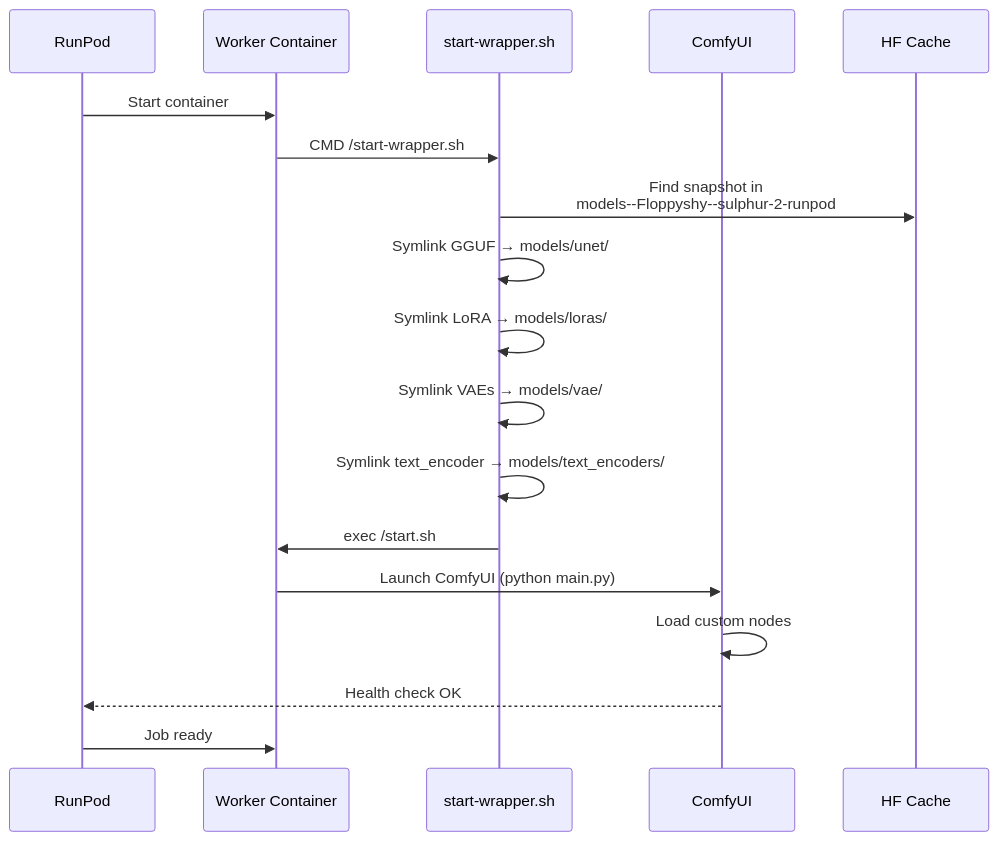
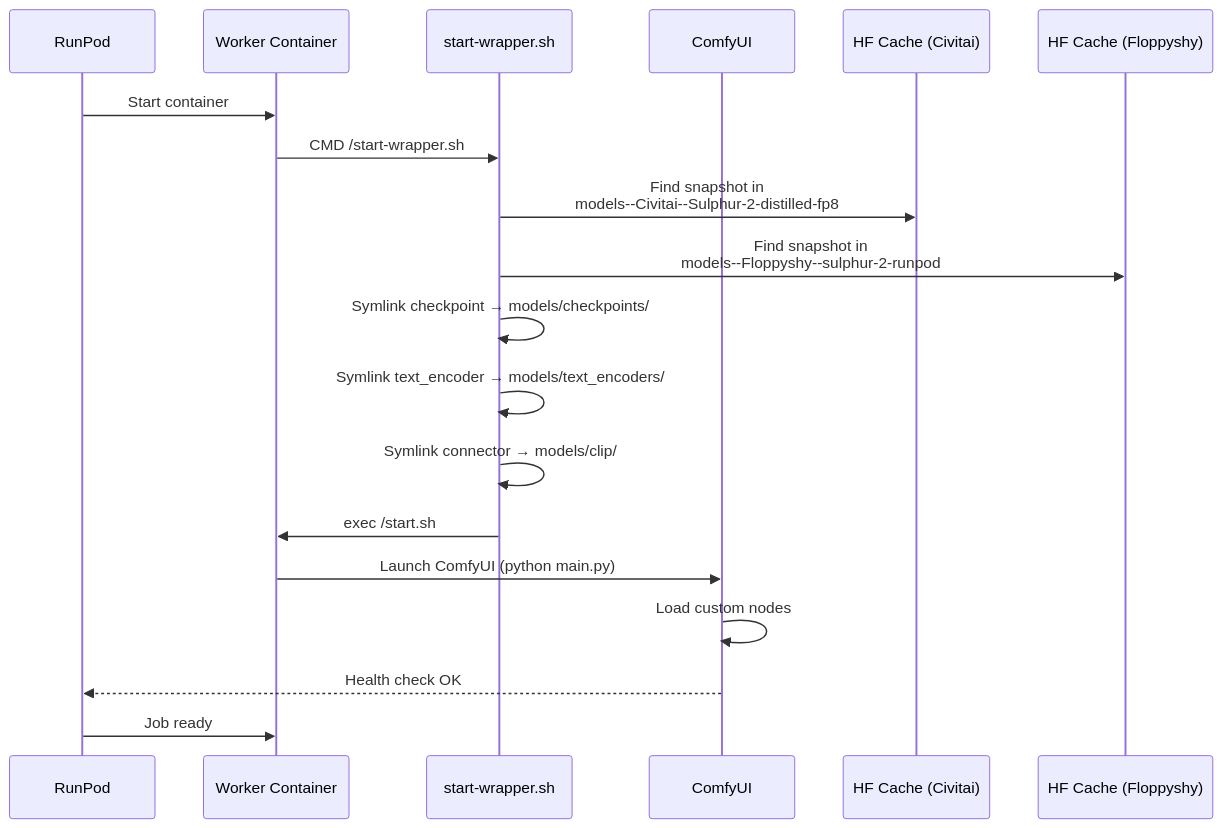
Before and after one commit to floppyshy-byte/sulphur-runpod-build: the second of 5 diagrams in WORKFLOW.md, drawn with Mermaid. The commit also changed other lines of this file and 2 other files, not shown here.

````diff
--- a/WORKFLOW.md
+++ b/WORKFLOW.md
@@ -39,21 +44,22 @@
 ```mermaid
 sequenceDiagram
     participant R as RunPod
     participant W as Worker Container
     participant S as start-wrapper.sh
     participant C as ComfyUI
-    participant H as HF Cache
+    participant H1 as HF Cache (Civitai)
+    participant H2 as HF Cache (Floppyshy)
 
     R->>W: Start container
     W->>S: CMD /start-wrapper.sh
-    S->>H: Find snapshot in<br/>models--Floppyshy--sulphur-2-runpod
-    S->>S: Symlink GGUF → models/unet/
-    S->>S: Symlink LoRA → models/loras/
-    S->>S: Symlink VAEs → models/vae/
+    S->>H1: Find snapshot in<br/>models--Civitai--Sulphur-2-distilled-fp8
+    S->>H2: Find snapshot in<br/>models--Floppyshy--sulphur-2-runpod
+    S->>S: Symlink checkpoint → models/checkpoints/
     S->>S: Symlink text_encoder → models/text_encoders/
+    S->>S: Symlink connector → models/clip/
     S->>W: exec /start.sh
     W->>C: Launch ComfyUI (python main.py)
     C->>C: Load custom nodes
     C-->>R: Health check OK
     R->>W: Job ready
 ```
````
